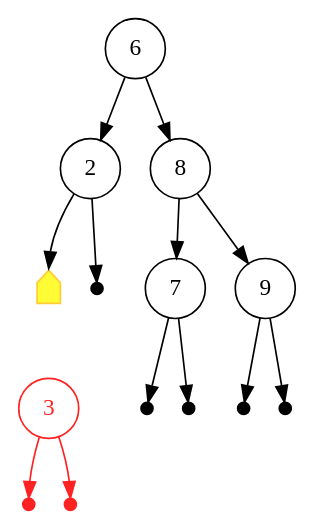
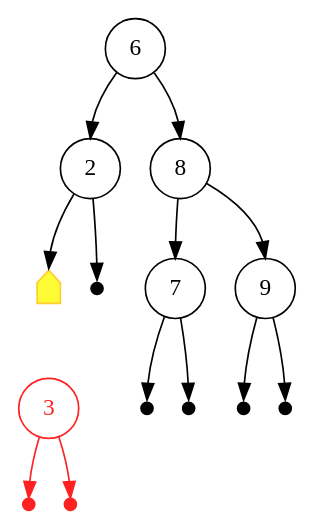
The diagram in Slides/Diagrams/ZipTreeEdit.dot (joel-wright/ZipperHS), drawn with Graphviz before and after one commit. The commit also changed other lines of this file and 9 other files, not shown here.

```diff
--- a/Slides/Diagrams/ZipTreeEdit.dot
+++ b/Slides/Diagrams/ZipTreeEdit.dot
@@ -1,38 +1,38 @@
 digraph T {
    bgcolor = "#FFFFFF00";
    node [shape = circle];
    node0[label = "6"];
    node1[label = "2"];
    node3[shape = house, style=filled, color = "#FFCC34FF", fillcolor = "#FFFB34FF", label = "", fixedsize = true, width = .2, height = .3, tailport = "N"];
    node4[label = "8"];
    node5[label = "7"];
    node6[label = "9"];
    leaf1[shape = point, fixedsize=true, width=.1, height=.1];
    leaf4[shape = point, fixedsize=true, width=.1, height=.1];
    leaf5[shape = point, fixedsize=true, width=.1, height=.1];
    leaf6[shape = point, fixedsize=true, width=.1, height=.1];
    leaf7[shape = point, fixedsize=true, width=.1, height=.1];
+   edge[headport = n];
    "node0" -> "node1";
    "node0" -> "node4";
    "node4" -> "node5";
    "node4" -> "node6";
    "node1" -> "leaf1";
    "node5" -> "leaf4";
    "node5" -> "leaf5";
    "node6" -> "leaf6";
    "node6" -> "leaf7";
-   edge[headport = n];
    "node1" -> "node3";
 
    edge[color = "#FFFFFF00"];
    "node3" -> "node7";
    edge[color = "#000000FF"];
 
    subgraph{
       node7[label = "3", color = "#FF2222FF", fontcolor = "#FF2222FF"];
       leaf2[shape = point, fixedsize=true, width=.1, height=.1, color = "#FF2222FF"];
       leaf3[shape = point, fixedsize=true, width=.1, height=.1, color = "#FF2222FF"];
       "node7" -> "leaf2" [color = "#FF2222FF"];
       "node7" -> "leaf3" [color = "#FF2222FF"];
    }
 }
```
